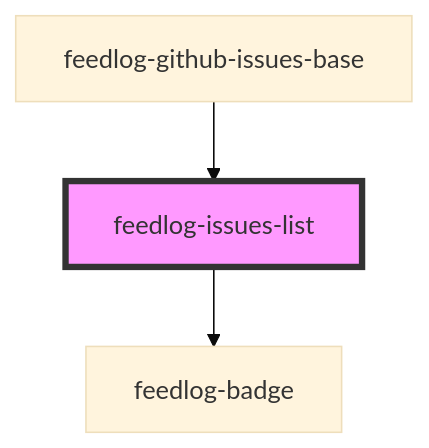
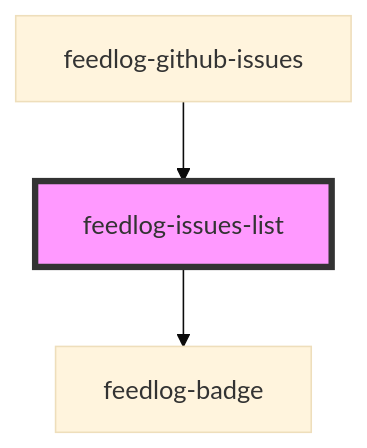
The diagram in packages/webcomponents/src/components/feedlog-issues-list/readme.md (FeedlogAI/feedlog-toolkit), drawn with Mermaid (base theme) before and after one commit. The commit also changed other lines of this file and 28 other files, not shown here.

Commit message:
Refactor Feedlog components: replace FeedlogGithubIssuesBase and FeedlogGithubIssuesSdk with FeedlogGithubIssuesClient, update component structure for improved rendering, and enhance theme support. Adjust documentation and remove deprecated files for cleaner codebase.

````diff
--- a/packages/webcomponents/src/components/feedlog-issues-list/readme.md
+++ b/packages/webcomponents/src/components/feedlog-issues-list/readme.md
@@ -40,6 +40,6 @@
 ```mermaid
 graph TD;
   feedlog-issues-list --> feedlog-badge
-  feedlog-github-issues-base --> feedlog-issues-list
+  feedlog-github-issues --> feedlog-issues-list
   style feedlog-issues-list fill:#f9f,stroke:#333,stroke-width:4px
 ```
````
